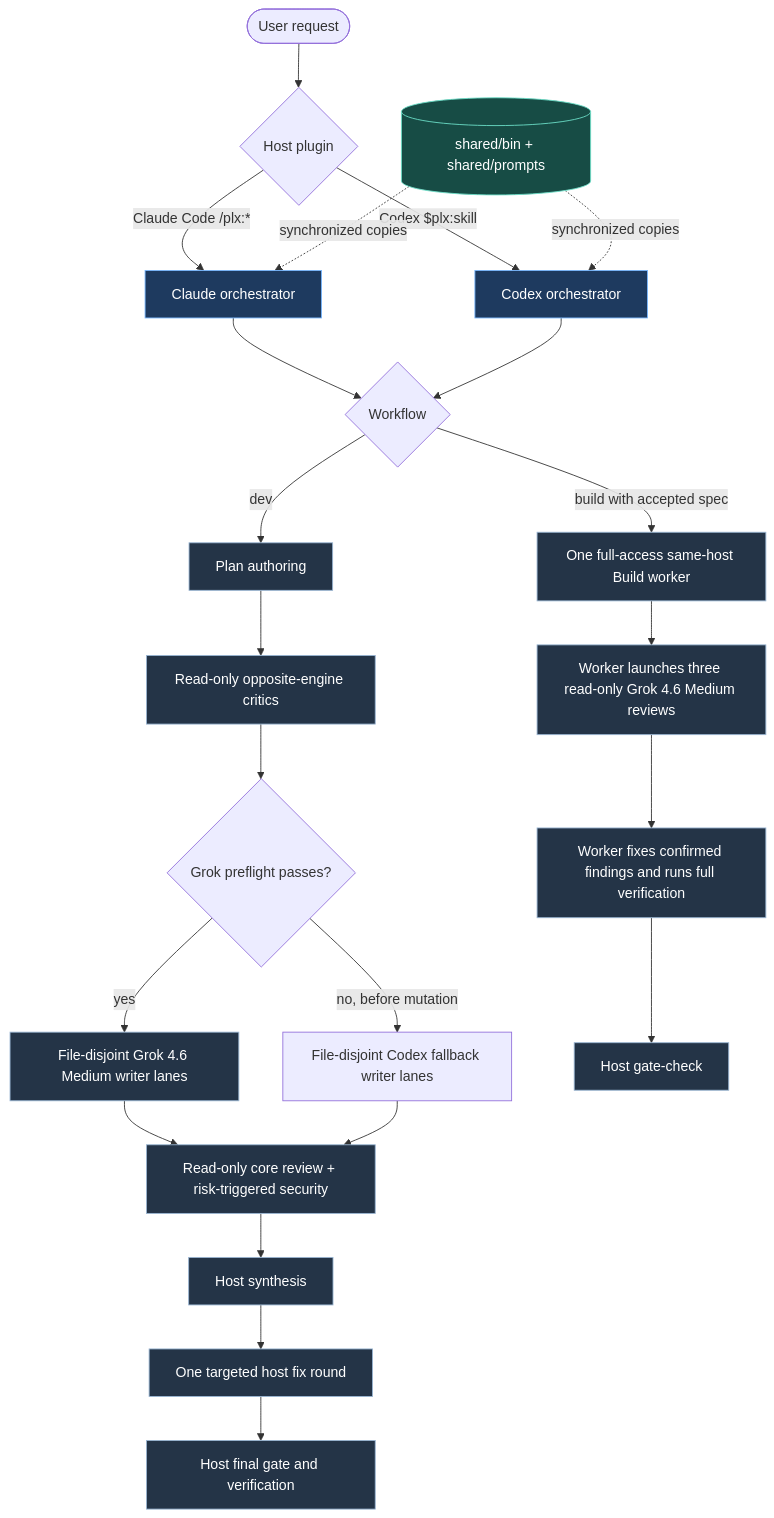
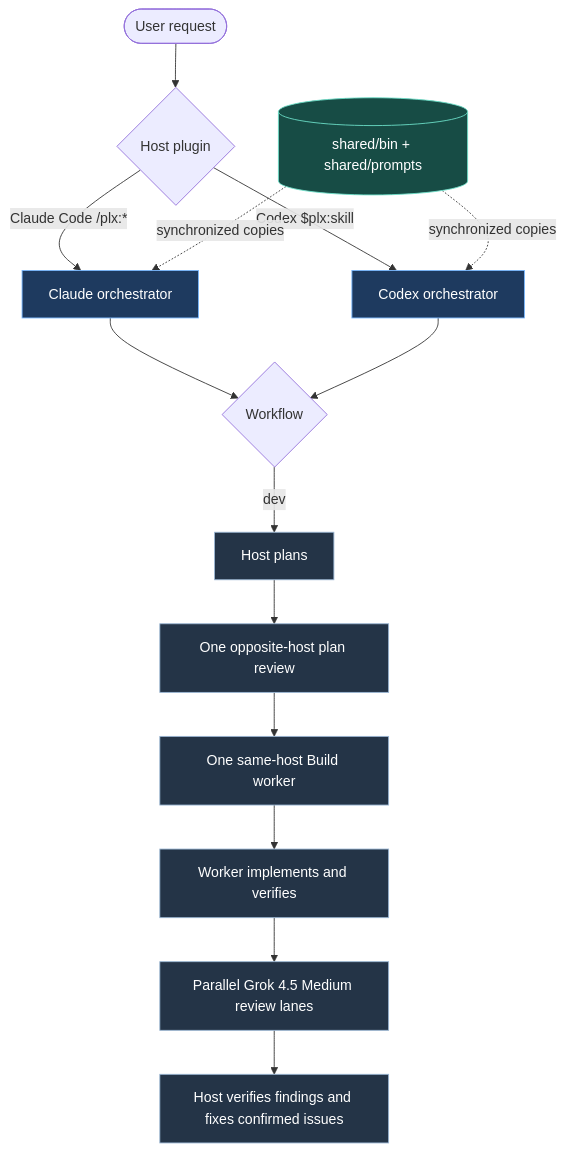
Before and after one commit to dshap474/parallax: the diagram in docs/diagrams/plx_flow.mmd, drawn with Mermaid. The commit also changed 16 other files, not shown here.

```diff
--- a/docs/diagrams/plx_flow.mmd
+++ b/docs/diagrams/plx_flow.mmd
@@ -1,35 +1,26 @@
 %% Parallax dual-host pipeline overview.
 %% Usage: render with any Mermaid flowchart-compatible renderer.
 flowchart TD
     U([User request]) --> H{Host plugin}
     H -->|Claude Code /plx:*| C[Claude orchestrator]
     H -->|Codex $plx:skill| X[Codex orchestrator]
 
     C --> W{Workflow}
     X --> W
 
-    W -->|dev| P[Plan authoring]
-    P --> CR[Read-only opposite-engine critics]
-    CR --> PF{Grok preflight passes?}
-    PF -->|yes| B[File-disjoint Grok 4.6 Medium writer lanes]
-    PF -->|no, before mutation| CF[File-disjoint Codex fallback writer lanes]
-    B --> R[Read-only core review + risk-triggered security]
-    CF --> R
-    R --> S[Host synthesis]
-    S --> F[One targeted host fix round]
-    F --> G[Host final gate and verification]
-
-    W -->|build with accepted spec| BW[One full-access same-host Build worker]
-    BW --> BR[Worker launches three read-only Grok 4.6 Medium reviews]
-    BR --> BF[Worker fixes confirmed findings and runs full verification]
-    BF --> BG[Host gate-check]
+    W -->|dev| P[Host plans]
+    P --> CR[One opposite-host plan review]
+    CR --> B[One same-host Build worker]
+    B --> V[Worker implements and verifies]
+    V --> R[Parallel Grok 4.5 Medium review lanes]
+    R --> S[Host verifies findings and fixes confirmed issues]
 
     SB[(shared/bin + shared/prompts)] -. synchronized copies .-> C
     SB -. synchronized copies .-> X
 
     classDef host fill:#1e3a5f,stroke:#78b7ff,color:#fff
     classDef lane fill:#243447,stroke:#9ab6d3,color:#fff
     classDef shared fill:#174c45,stroke:#6de0c9,color:#fff
     class C,X host
-    class P,CR,B,R,S,F,G,BW,BR,BF,BG lane
+    class P,CR,B,V,R,S lane
     class SB shared
```
